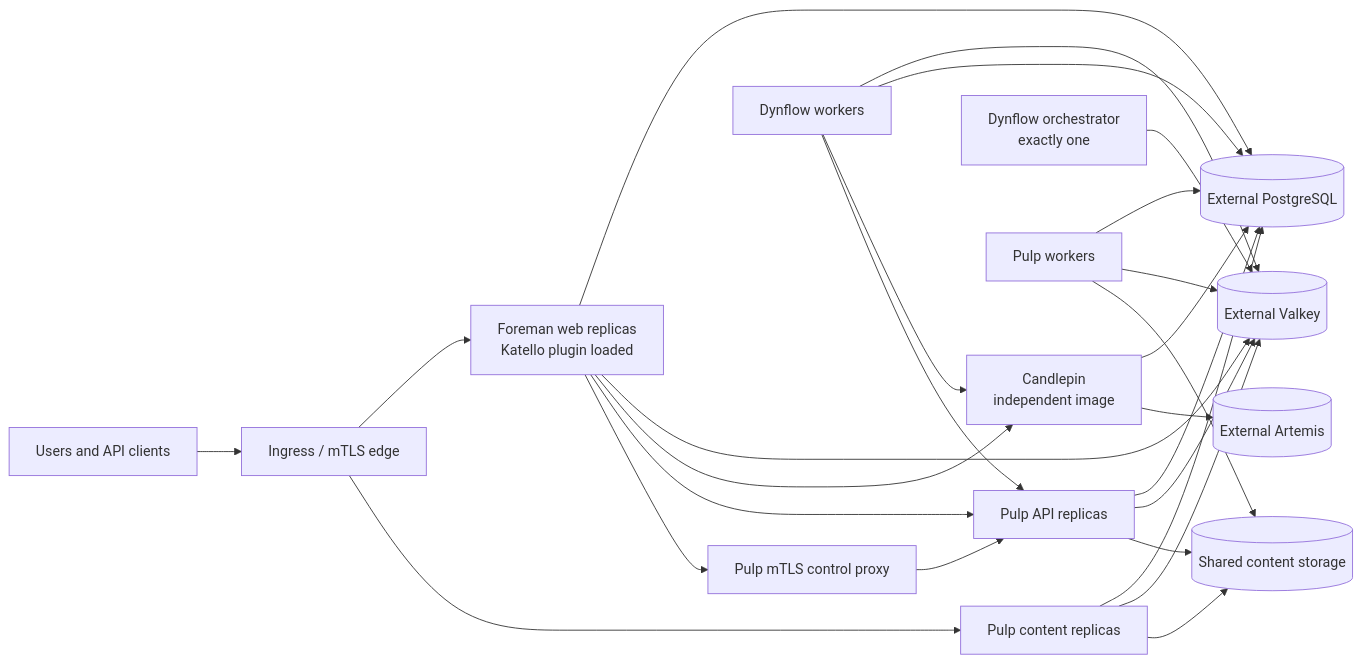
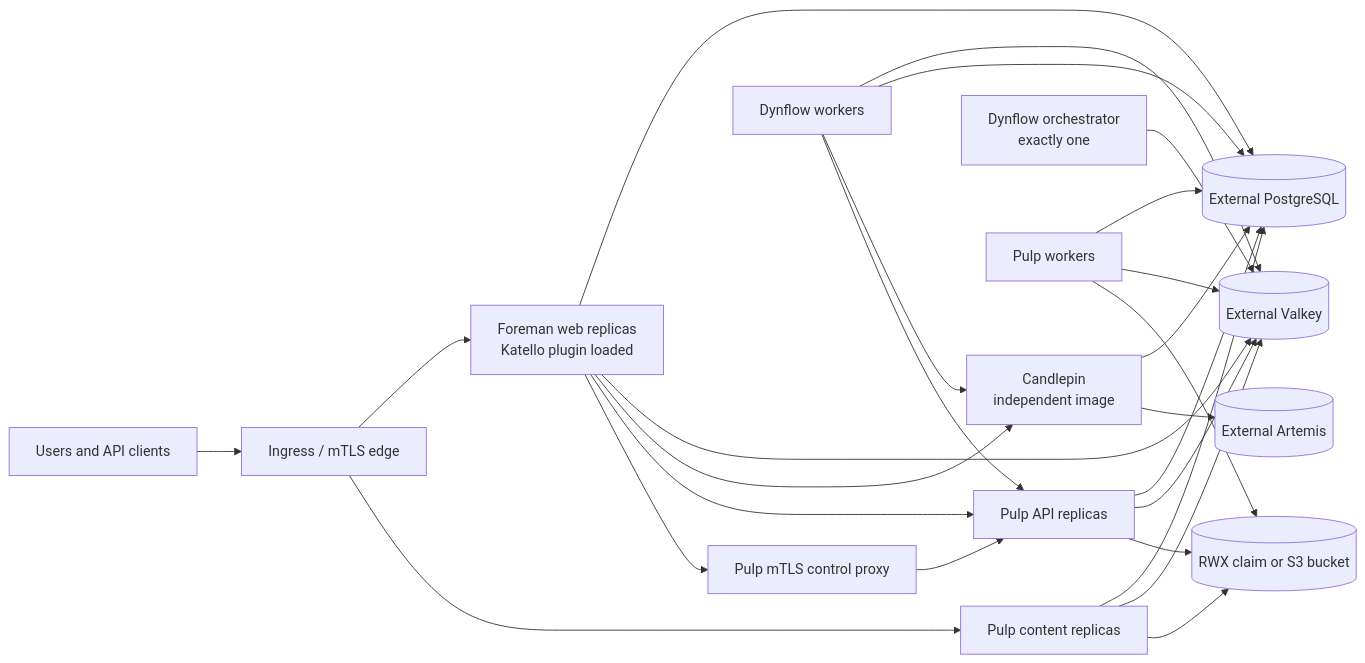
The diagram in docs/architecture.md (jakduch/foreman-kubernetes), drawn with Mermaid before and after one commit. The commit also changed other lines of this file and 20 other files, not shown here.

Commit message:
Add Pulp object storage support

````diff
--- a/docs/architecture.md
+++ b/docs/architecture.md
@@ -7,30 +7,30 @@
 ```mermaid
 flowchart LR
   Client[Users and API clients] --> Edge[Ingress / mTLS edge]
   Edge --> Foreman[Foreman web replicas\nKatello plugin loaded]
   Foreman --> DB[(External PostgreSQL)]
   Foreman --> Valkey[(External Valkey)]
   Foreman --> Candlepin[Candlepin\nindependent image]
   Foreman --> PulpAPI[Pulp API replicas]
   Edge --> PulpContent[Pulp content replicas]
   Foreman --> PulpControl[Pulp mTLS control proxy]
   PulpControl --> PulpAPI
 
   Orchestrator[Dynflow orchestrator\nexactly one] --> Valkey
   Worker[Dynflow workers] --> Valkey
   Worker --> DB
   Worker --> Candlepin
   Worker --> PulpAPI
 
   PulpAPI --> DB
   PulpAPI --> Valkey
   PulpContent --> DB
   PulpContent --> Valkey
   PulpWorker[Pulp workers] --> DB
   PulpWorker --> Valkey
-  PulpAPI --> RWX[(Shared content storage)]
-  PulpContent --> RWX
-  PulpWorker --> RWX
+  PulpAPI --> ContentStore[(RWX claim or S3 bucket)]
+  PulpContent --> ContentStore
+  PulpWorker --> ContentStore
   Candlepin --> DB
   Candlepin --> Artemis[(External Artemis)]
 ```
````
